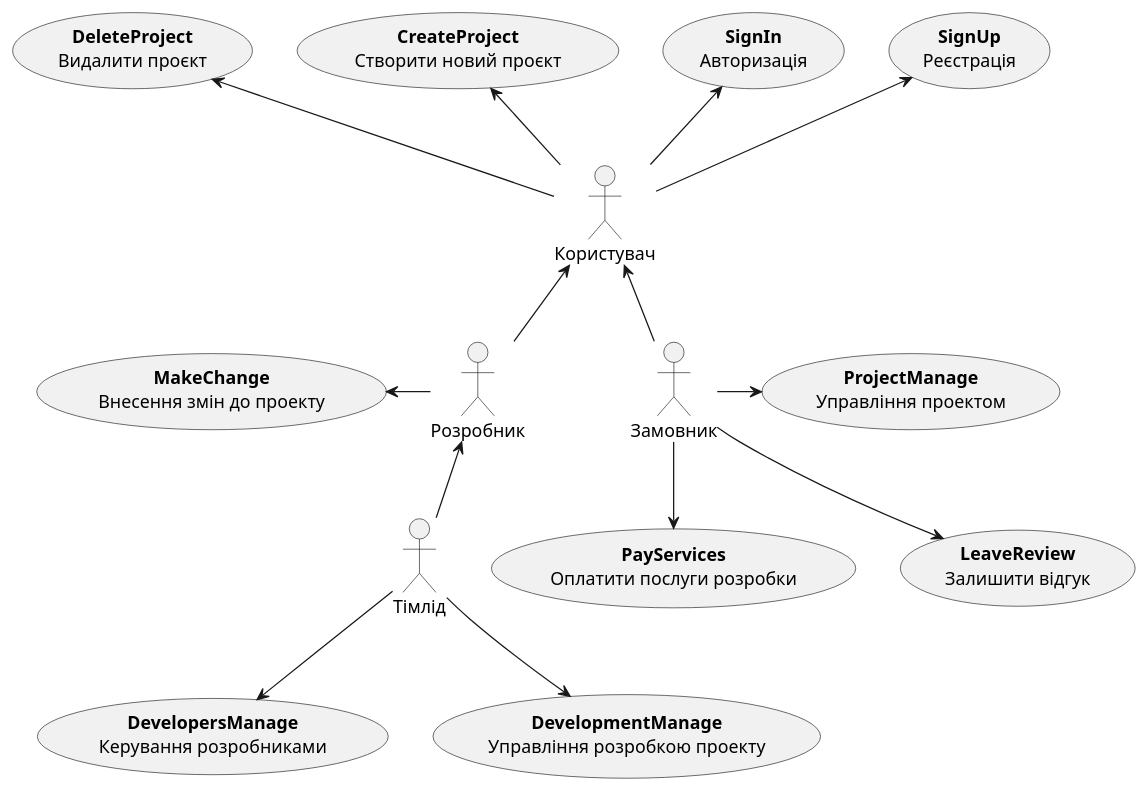
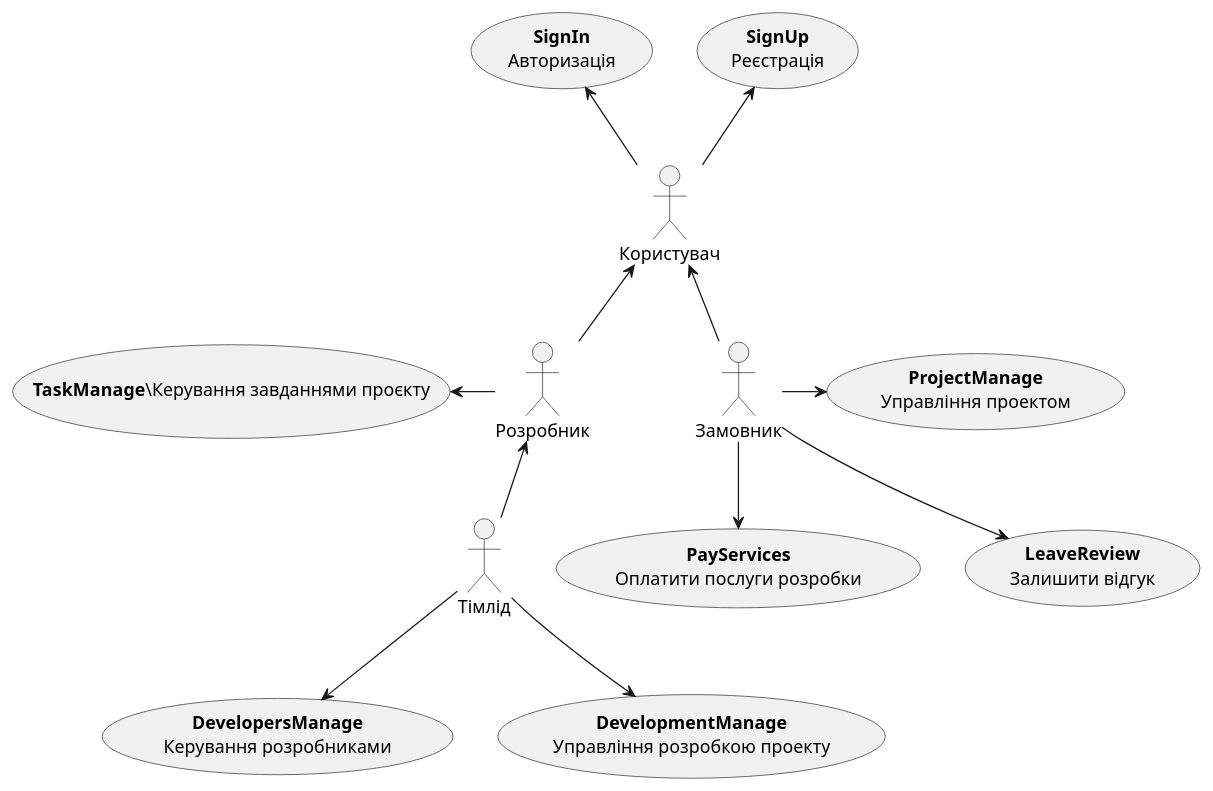
The first of 14 diagrams in docs/use cases/README.md (edu-db/edu_db_labs), drawn with PlantUML before and after one commit. The commit also changed other lines of this file, not shown here.

```diff
--- a/docs/use cases/README.md
+++ b/docs/use cases/README.md
@@ -7,37 +14,33 @@
 @startuml
 
     actor "Користувач" as User
     actor "Тімлід" as Teamlead
     actor "Замовник" as Customer
     actor "Розробник" as Developer
 
     usecase "<b>SignUp</b>\nРеєстрація" as SignUp
     usecase "<b>SignIn</b>\nАвторизація" as SignIn
-    usecase "<b>CreateProject</b>\nСтворити новий проєкт" as CreateProject
-    usecase "<b>DeleteProject</b>\nВидалити проєкт" as DeleteProject
     usecase "<b>ProjectManage</b>\nУправління проектом" as ProjectManage
     usecase "<b>PayServices</b>\nОплатити послуги розробки" as PayServices
     usecase "<b>LeaveReview</b>\nЗалишити відгук" as LeaveReview
     usecase "<b>DevelopersManage</b>\nКерування розробниками" as DevelopersManage
     usecase "<b>DevelopmentManage</b>\nУправління розробкою проекту" as DevelopmentManage
-    usecase "<b>MakeChange</b>\nВнесення змін до проекту" as MakeChange
+    usecase "<b>TaskManage</b>\Керування завданнями проєкту" as TaskManage
 
     Developer -u-> User
     Customer -u-> User
     Teamlead -u-> Developer
 
     User -u-> SignUp
     User -u-> SignIn
-    User -u-> CreateProject
-    User -u-> DeleteProject
 
     Customer -r->  ProjectManage
     Customer -->  PayServices
     Customer -->  LeaveReview
 
     Teamlead --> DevelopersManage
     Teamlead --> DevelopmentManage
 
-    Developer -l-> MakeChange
+    Developer -l-> TaskManage
 
 @enduml
```
